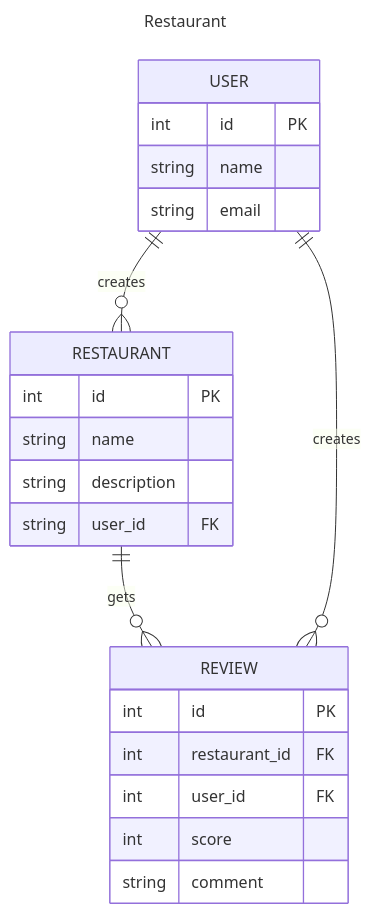
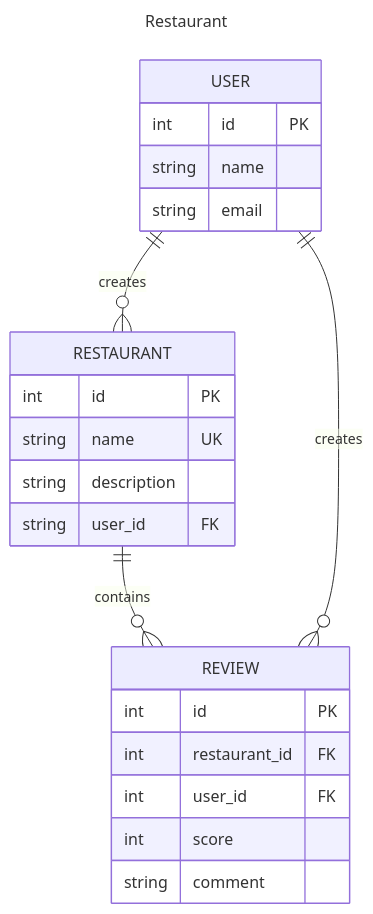
The diagram in docs/restaurant.md (chuntangwang/django-demo), drawn with Mermaid before and after one commit. The commit also changed other lines of this file and 21 other files, not shown here.

````diff
--- a/docs/restaurant.md
+++ b/docs/restaurant.md
@@ -26,27 +41,27 @@
 ```mermaid
 ---
 title: Restaurant
 ---
 erDiagram
     RESTAURANT {
         int id PK
-        string name
+        string name UK
         string description
         string user_id FK
     }
     REVIEW {
         int id PK
         int restaurant_id FK
         int user_id FK
         int score
         string comment
     }
     USER {
         int id PK
         string name
         string email
     }
-    RESTAURANT ||--o{ REVIEW: "gets"
+    RESTAURANT ||--o{ REVIEW: "contains"
     USER ||--o{ RESTAURANT: "creates"
     USER ||--o{ REVIEW: "creates"
 ```
````
